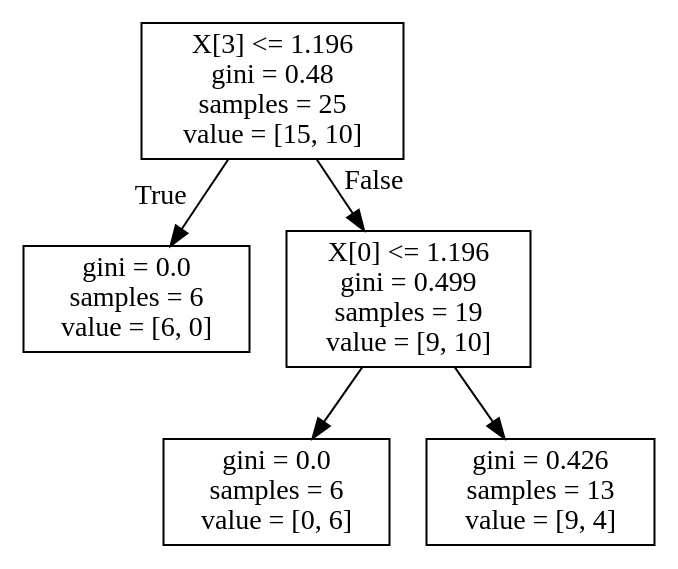
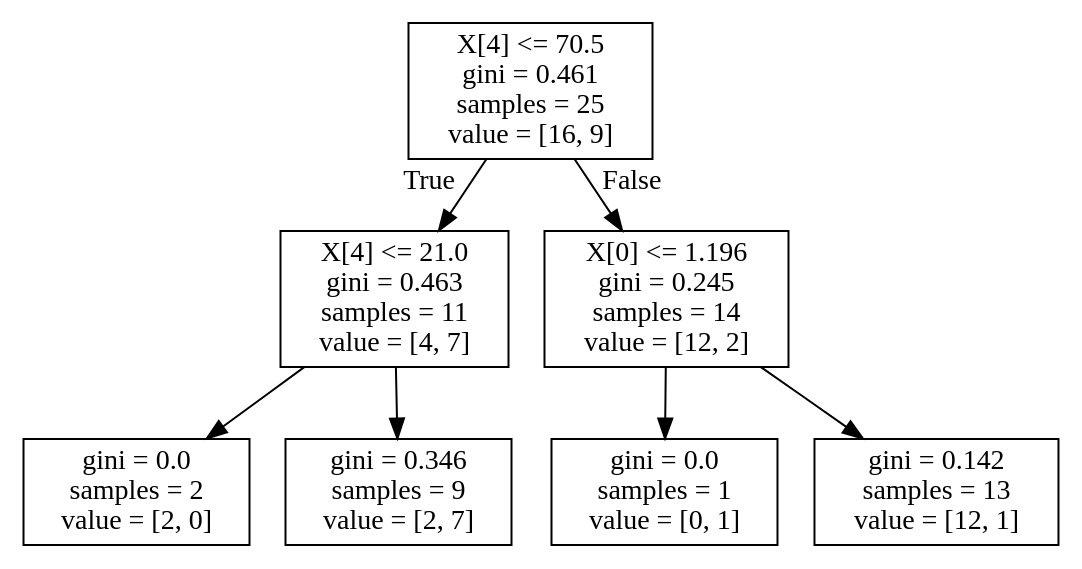
Before and after one commit to HazemIbrahim98/Web-Project: the diagram in Php/result.dot, drawn with Graphviz. The commit also changed 2 other files, not shown here.

```diff
--- a/Php/result.dot
+++ b/Php/result.dot
@@ -1,12 +1,16 @@
 digraph Tree {
 node [shape=box] ;
-0 [label="X[3] <= 1.196\ngini = 0.48\nsamples = 25\nvalue = [15, 10]"] ;
-1 [label="gini = 0.0\nsamples = 6\nvalue = [6, 0]"] ;
+0 [label="X[4] <= 70.5\ngini = 0.461\nsamples = 25\nvalue = [16, 9]"] ;
+1 [label="X[4] <= 21.0\ngini = 0.463\nsamples = 11\nvalue = [4, 7]"] ;
 0 -> 1 [labeldistance=2.5, labelangle=45, headlabel="True"] ;
-2 [label="X[0] <= 1.196\ngini = 0.499\nsamples = 19\nvalue = [9, 10]"] ;
-0 -> 2 [labeldistance=2.5, labelangle=-45, headlabel="False"] ;
-3 [label="gini = 0.0\nsamples = 6\nvalue = [0, 6]"] ;
-2 -> 3 ;
-4 [label="gini = 0.426\nsamples = 13\nvalue = [9, 4]"] ;
-2 -> 4 ;
+2 [label="gini = 0.0\nsamples = 2\nvalue = [2, 0]"] ;
+1 -> 2 ;
+3 [label="gini = 0.346\nsamples = 9\nvalue = [2, 7]"] ;
+1 -> 3 ;
+4 [label="X[0] <= 1.196\ngini = 0.245\nsamples = 14\nvalue = [12, 2]"] ;
+0 -> 4 [labeldistance=2.5, labelangle=-45, headlabel="False"] ;
+5 [label="gini = 0.0\nsamples = 1\nvalue = [0, 1]"] ;
+4 -> 5 ;
+6 [label="gini = 0.142\nsamples = 13\nvalue = [12, 1]"] ;
+4 -> 6 ;
 }
```
